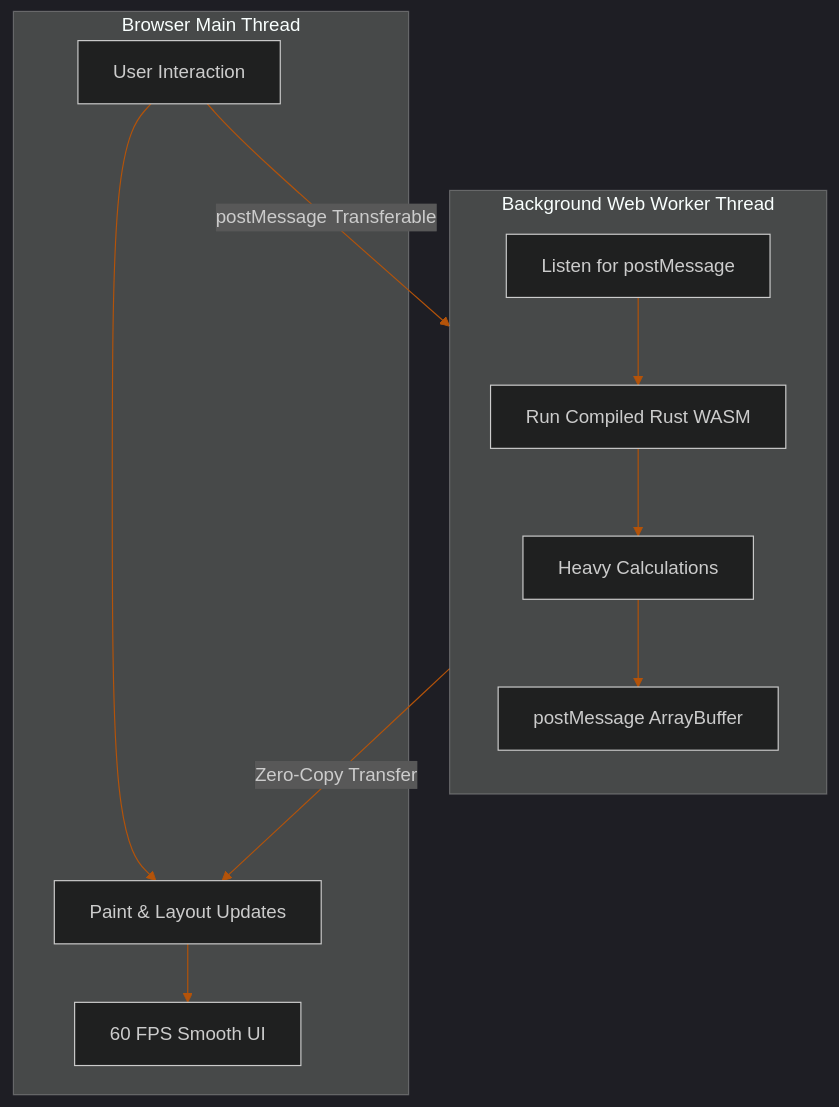
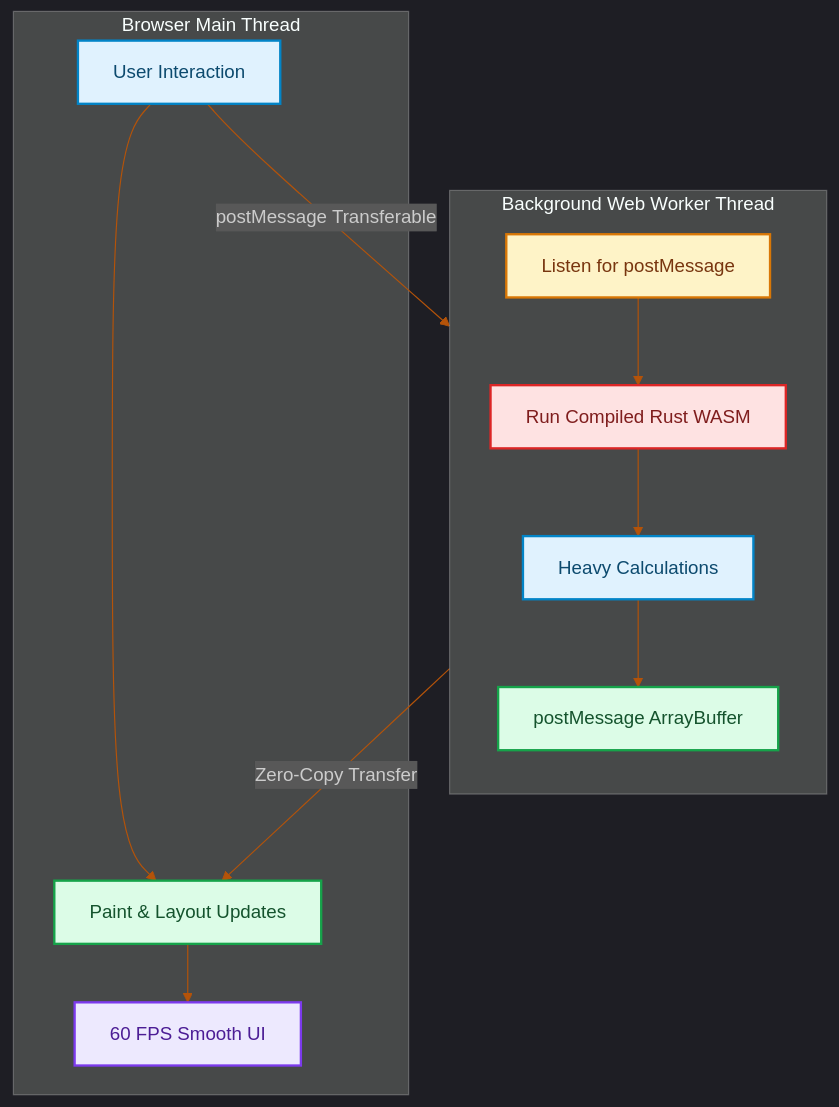
One commit to akmalkhaniub/akmalkhaniub.github.io changed the diagram in blog/posts/client-side-webassembly-rust-web-workers.md. Above: the diagram before and after it, drawn with Mermaid. The commit also changed other lines of this file and 1291 other files, not shown here.

First line of the commit message:
feat(catalog): unique covers, scholarly references, and diagram palettes

````diff
--- a/blog/posts/client-side-webassembly-rust-web-workers.md
+++ b/blog/posts/client-side-webassembly-rust-web-workers.md
@@ -17,18 +17,29 @@
 ```mermaid
 %%{init: {'theme': 'dark', 'themeVariables': { 'primaryColor': '#b45309', 'primaryTextColor': '#f3f4f6', 'primaryBorderColor': '#f59e0b', 'lineColor': '#b45309', 'secondaryColor': '#111827', 'tertiaryColor': '#0b0f19'}}}%%
 flowchart TD
     subgraph SG1_BrowserMainThread ["Browser Main Thread"]
-        UI[User Interaction] --> Paint[Paint & Layout Updates]
-        Paint --> SmoothUI[60 FPS Smooth UI]
+        UI["User Interaction"] --> Paint["Paint & Layout Updates"]
+        Paint --> SmoothUI["60 FPS Smooth UI"]
     end
 
     subgraph SG2_BackgroundWebWorker ["Background Web Worker Thread"]
         direction TB
-        Listen[Listen for postMessage] --> RunWasm[Run Compiled Rust WASM]
-        RunWasm --> HeavyCompute[Heavy Calculations]
-        HeavyCompute --> Return[postMessage ArrayBuffer]
+        Listen["Listen for postMessage"] --> RunWasm["Run Compiled Rust WASM"]
+        RunWasm --> HeavyCompute["Heavy Calculations"]
+        HeavyCompute --> Return["postMessage ArrayBuffer"]
     end
 
     UI -->|postMessage Transferable| Listen
     Return -->|Zero-Copy Transfer| Paint
+
+classDef green fill:#dcfce7,stroke:#16a34a,stroke-width:2px,color:#14532d;
+classDef red fill:#fee2e2,stroke:#dc2626,stroke-width:2px,color:#7f1d1d;
+classDef blue fill:#e0f2fe,stroke:#0284c7,stroke-width:2px,color:#0c4a6e;
+classDef yellow fill:#fef3c7,stroke:#d97706,stroke-width:2px,color:#78350f;
+classDef purple fill:#ede9fe,stroke:#7c3aed,stroke-width:2px,color:#4c1d95;
+class UI,HeavyCompute blue
+class Paint,Return green
+class SmoothUI purple
+class Listen yellow
+class RunWasm red
 ```
````
